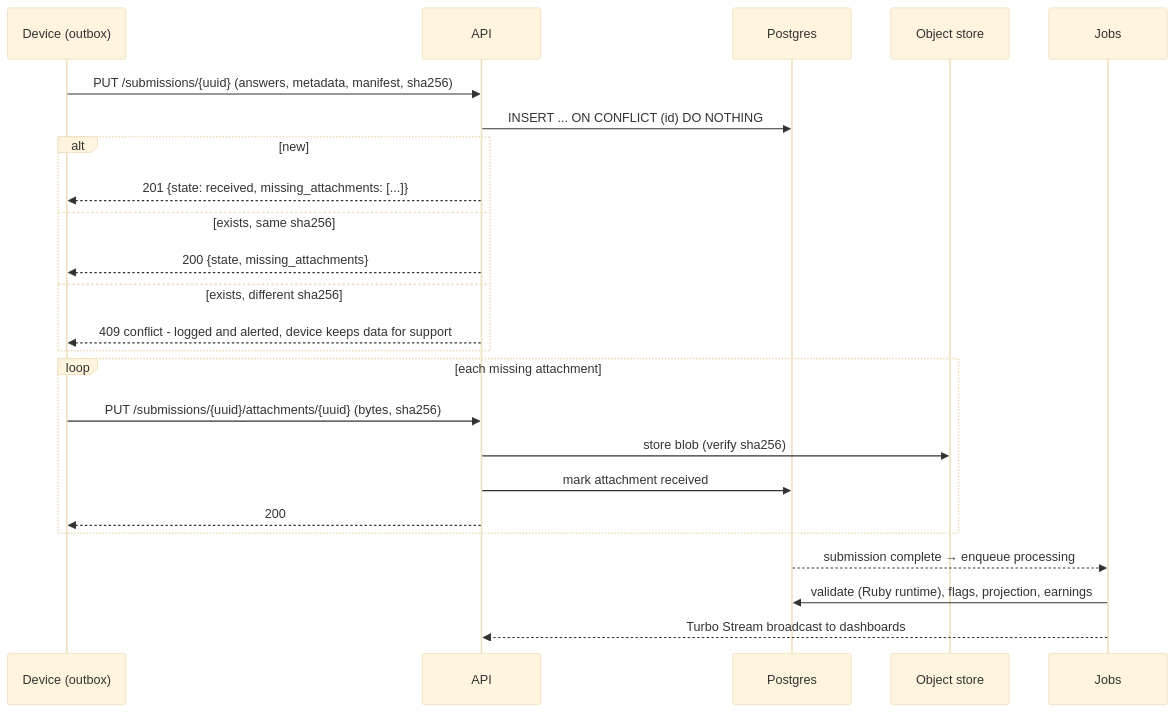
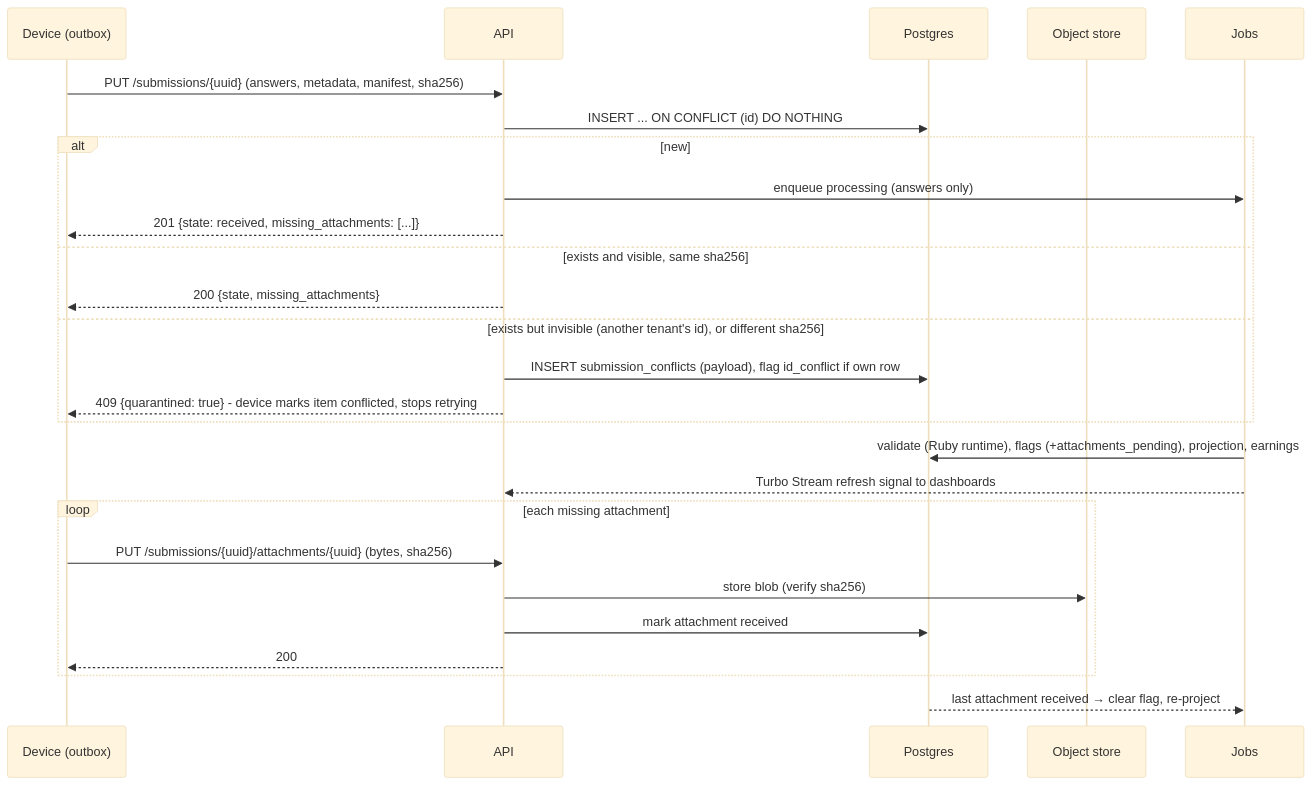
The second of 2 diagrams in docs/architecture/05-mobile-and-offline-sync.md (Blaise-Shyaka/footsoldier), drawn with Mermaid (base theme) before and after one commit. The commit also changed other lines of this file and 24 other files, not shown here.

First line of the commit message:
docs(docs): apply the architecture review's revision

````diff
--- a/docs/architecture/05-mobile-and-offline-sync.md
+++ b/docs/architecture/05-mobile-and-offline-sync.md
@@ -106,27 +130,29 @@
 ```mermaid
 sequenceDiagram
   participant D as Device (outbox)
   participant A as API
   participant DB as Postgres
   participant S as Object store
   participant J as Jobs
 
   D->>A: PUT /submissions/{uuid} (answers, metadata, manifest, sha256)
   A->>DB: INSERT ... ON CONFLICT (id) DO NOTHING
   alt new
+    A->>J: enqueue processing (answers only)
     A-->>D: 201 {state: received, missing_attachments: [...]}
-  else exists, same sha256
+  else exists and visible, same sha256
     A-->>D: 200 {state, missing_attachments}
-  else exists, different sha256
-    A-->>D: 409 conflict - logged and alerted, device keeps data for support
+  else exists but invisible (another tenant's id), or different sha256
+    A->>DB: INSERT submission_conflicts (payload), flag id_conflict if own row
+    A-->>D: 409 {quarantined: true} - device marks item conflicted, stops retrying
   end
+  J->>DB: validate (Ruby runtime), flags (+attachments_pending), projection, earnings
+  J-->>A: Turbo Stream refresh signal to dashboards
   loop each missing attachment
     D->>A: PUT /submissions/{uuid}/attachments/{uuid} (bytes, sha256)
     A->>S: store blob (verify sha256)
     A->>DB: mark attachment received
     A-->>D: 200
   end
-  DB-->>J: submission complete → enqueue processing
-  J->>DB: validate (Ruby runtime), flags, projection, earnings
-  J-->>A: Turbo Stream broadcast to dashboards
+  DB-->>J: last attachment received → clear flag, re-project
 ```
````
